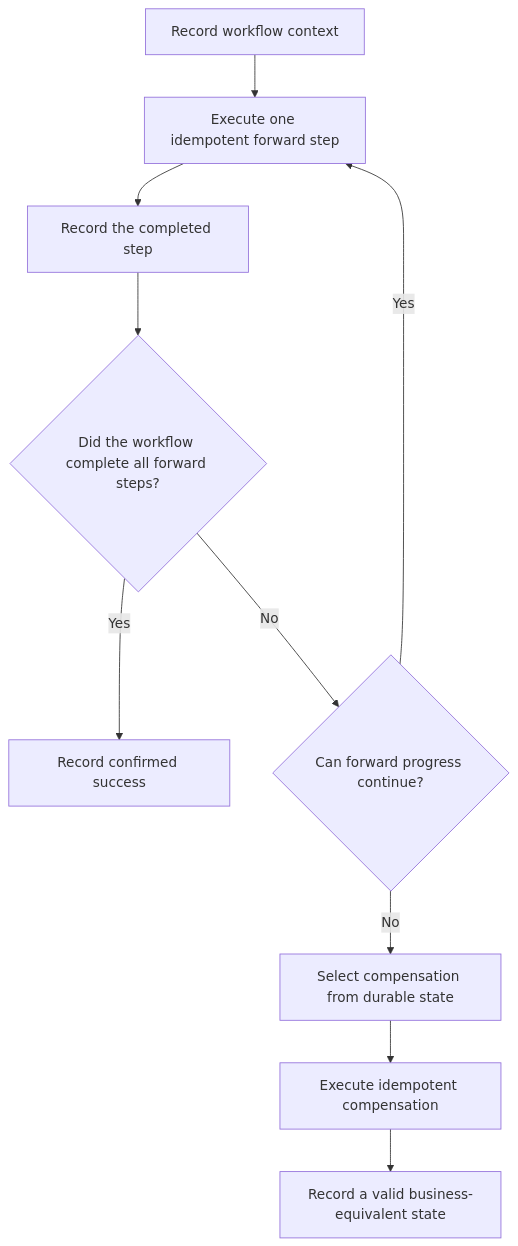
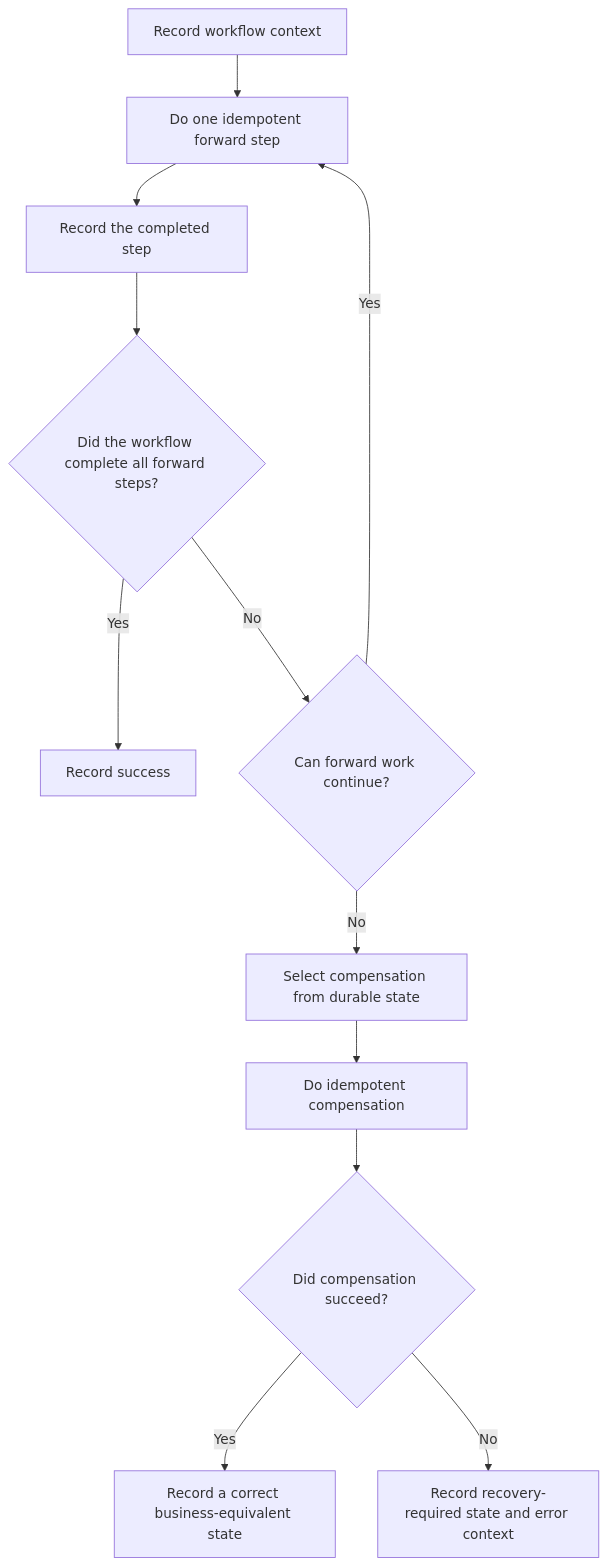
One commit to HomericIntelligence/Athena changed the diagram in docs/principles/details/p045-compensation-where-atomicity-is-impossible.md. Above: the diagram before and after it, drawn with Mermaid. The commit also changed other lines of this file and 91 other files, not shown here.

````diff
--- a/docs/principles/details/p045-compensation-where-atomicity-is-impossible.md
+++ b/docs/principles/details/p045-compensation-where-atomicity-is-impossible.md
@@ -39,12 +43,14 @@
 ```mermaid
 flowchart TD
-    A["Record workflow context"] --> B["Execute one idempotent forward step"]
+    A["Record workflow context"] --> B["Do one idempotent forward step"]
     B --> C["Record the completed step"]
     C --> D{"Did the workflow complete all forward steps?"}
-    D -- Yes --> E["Record confirmed success"]
-    D -- No --> F{"Can forward progress continue?"}
+    D -- Yes --> E["Record success"]
+    D -- No --> F{"Can forward work continue?"}
     F -- Yes --> B
     F -- No --> G["Select compensation from durable state"]
-    G --> H["Execute idempotent compensation"]
-    H --> I["Record a valid business-equivalent state"]
+    G --> H["Do idempotent compensation"]
+    H --> I{"Did compensation succeed?"}
+    I -- Yes --> J["Record a correct business-equivalent state"]
+    I -- No --> K["Record recovery-required state and error context"]
 ```
````
